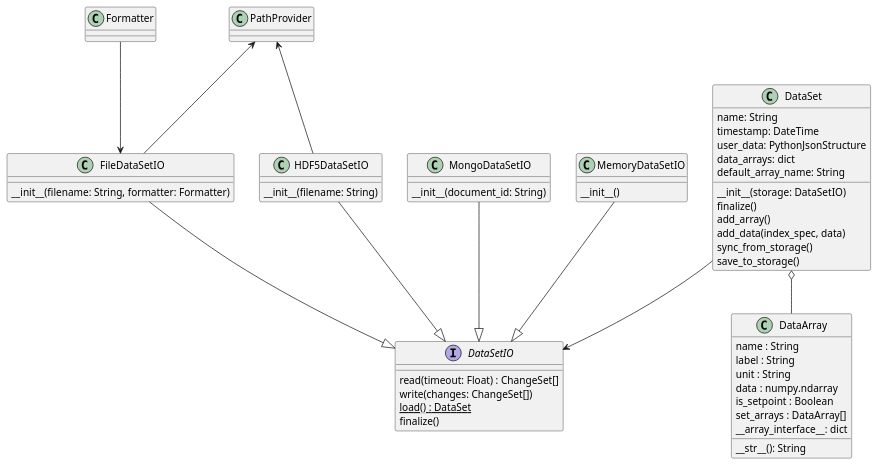
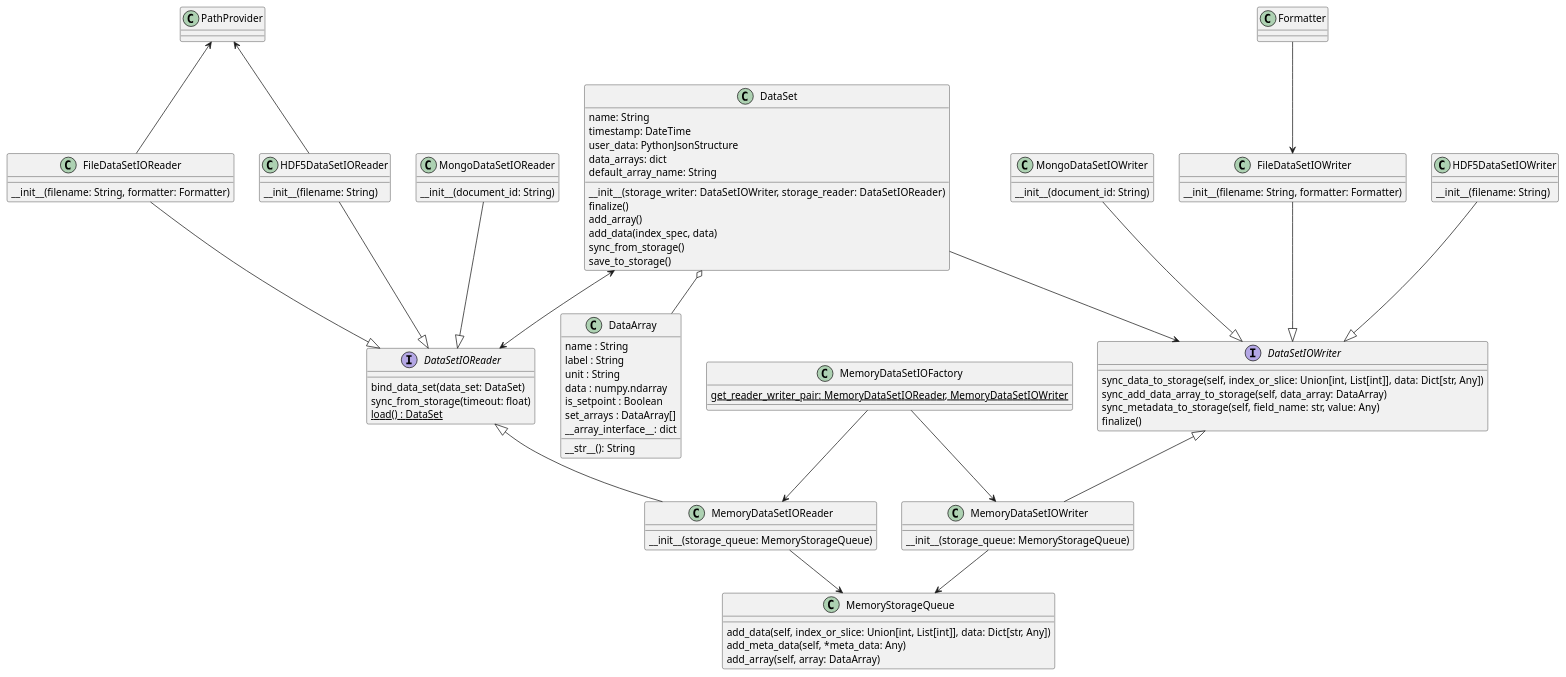
Before and after one commit to QuTech-Delft/qilib: the diagram in docs/UML/classes-dataset.plantuml, drawn with PlantUML. The commit also changed 13 other files, not shown here.

```diff
--- a/docs/UML/classes-dataset.plantuml
+++ b/docs/UML/classes-dataset.plantuml
@@ -1,68 +1,111 @@
 @startuml
 
 class DataArray {
     name : String
     label : String
     unit : String
     data : numpy.ndarray
     is_setpoint : Boolean
     set_arrays : DataArray[]
     __array_interface__: dict
     __str__(): String
 }
 
 class DataSet {
-    __init__(storage: DataSetIO)
+    __init__(storage_writer: DataSetIOWriter, storage_reader: DataSetIOReader)
     name: String
     timestamp: DateTime
     user_data: PythonJsonStructure
     data_arrays: dict
     default_array_name: String
     finalize()
     add_array()
     add_data(index_spec, data)
     sync_from_storage()
     save_to_storage()
 }
 
 DataSet o-- DataArray
 
-interface DataSetIO {
-    read(timeout: Float) : ChangeSet[]
-    write(changes: ChangeSet[])
-    {static} load() : DataSet
+interface DataSetIOWriter {
+    sync_data_to_storage(self, index_or_slice: Union[int, List[int]], data: Dict[str, Any])
+    sync_add_data_array_to_storage(self, data_array: DataArray)
+    sync_metadata_to_storage(self, field_name: str, value: Any)
     finalize()
 }
 
-DataSet --> DataSetIO
+interface DataSetIOReader {
+    bind_data_set(data_set: DataSet)
+    sync_from_storage(timeout: float)
+    {static} load() : DataSet
+}
 
-class MongoDataSetIO {
+DataSet --> DataSetIOWriter
+DataSet <--> DataSetIOReader
+
+class MongoDataSetIOReader {
   __init__(document_id: String)
 }
 
-class FileDataSetIO {
+class MongoDataSetIOWriter {
+  __init__(document_id: String)
+}
+
+class FileDataSetIOReader {
   __init__(filename: String, formatter: Formatter)
 }
 
-class HDF5DataSetIO {
+class FileDataSetIOWriter {
+  __init__(filename: String, formatter: Formatter)
+}
+
+class HDF5DataSetIOReader {
   __init__(filename: String)
 }
 
-class MemoryDataSetIO {
-  __init__()
+class HDF5DataSetIOWriter {
+  __init__(filename: String)
 }
 
-MongoDataSetIO --|> DataSetIO
-FileDataSetIO --|> DataSetIO
-HDF5DataSetIO --|> DataSetIO
-MemoryDataSetIO --|> DataSetIO
+class MemoryDataSetIOReader {
+  __init__(storage_queue: MemoryStorageQueue)
+}
 
-Formatter --> FileDataSetIO
+class MemoryDataSetIOWriter {
+  __init__(storage_queue: MemoryStorageQueue)
+}
+
+class MemoryStorageQueue {
+    add_data(self, index_or_slice: Union[int, List[int]], data: Dict[str, Any])
+    add_meta_data(self, *meta_data: Any)
+    add_array(self, array: DataArray)
+}
+
+class MemoryDataSetIOFactory {
+    {static} get_reader_writer_pair: MemoryDataSetIOReader, MemoryDataSetIOWriter
+}
+
+MemoryDataSetIOReader -down-> MemoryStorageQueue
+MemoryDataSetIOWriter -down-> MemoryStorageQueue
+
+MongoDataSetIOReader --|> DataSetIOReader
+MongoDataSetIOWriter --|> DataSetIOWriter
+FileDataSetIOReader --|> DataSetIOReader
+FileDataSetIOWriter --|> DataSetIOWriter
+HDF5DataSetIOReader --|> DataSetIOReader
+HDF5DataSetIOWriter --|> DataSetIOWriter
+MemoryDataSetIOReader -up-|> DataSetIOReader
+MemoryDataSetIOWriter -up-|> DataSetIOWriter
+
+MemoryDataSetIOFactory -down-> MemoryDataSetIOReader
+MemoryDataSetIOFactory -down-> MemoryDataSetIOWriter
+
+Formatter --> FileDataSetIOWriter
 
 class PathProvider {
 }
 
-FileDataSetIO -up-> PathProvider
-HDF5DataSetIO -up-> PathProvider
+FileDataSetIOReader -up-> PathProvider
+HDF5DataSetIOReader -up-> PathProvider
 
 @enduml
```
